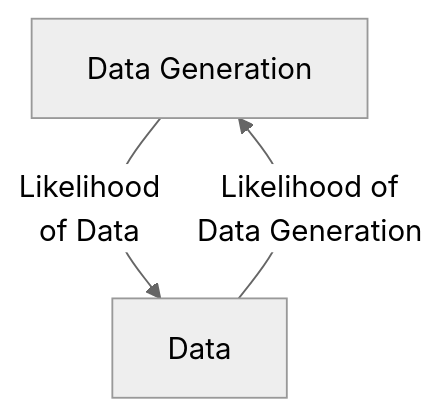
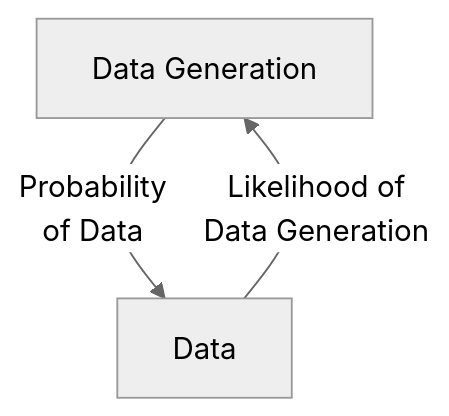
Before and after one commit to KevinJKoning/SEH: the diagram in Quarto/1-intro.qmd, drawn with Mermaid. The commit also changed other lines of this file and 15 other files, not shown here.

````diff
--- a/Quarto/1-intro.qmd
+++ b/Quarto/1-intro.qmd
@@ -22,6 +44,6 @@
 ```{mermaid}
 %%{init: {'theme':'neutral'}}%%
 graph TB
-    A["Data Generation"] -->|Likelihood<br/>of Data| B["Data"]
+    A["Data Generation"] -->|Probability<br/>of Data| B["Data"]
     B -->|Likelihood of<br/>Data Generation| A
 ```
````
